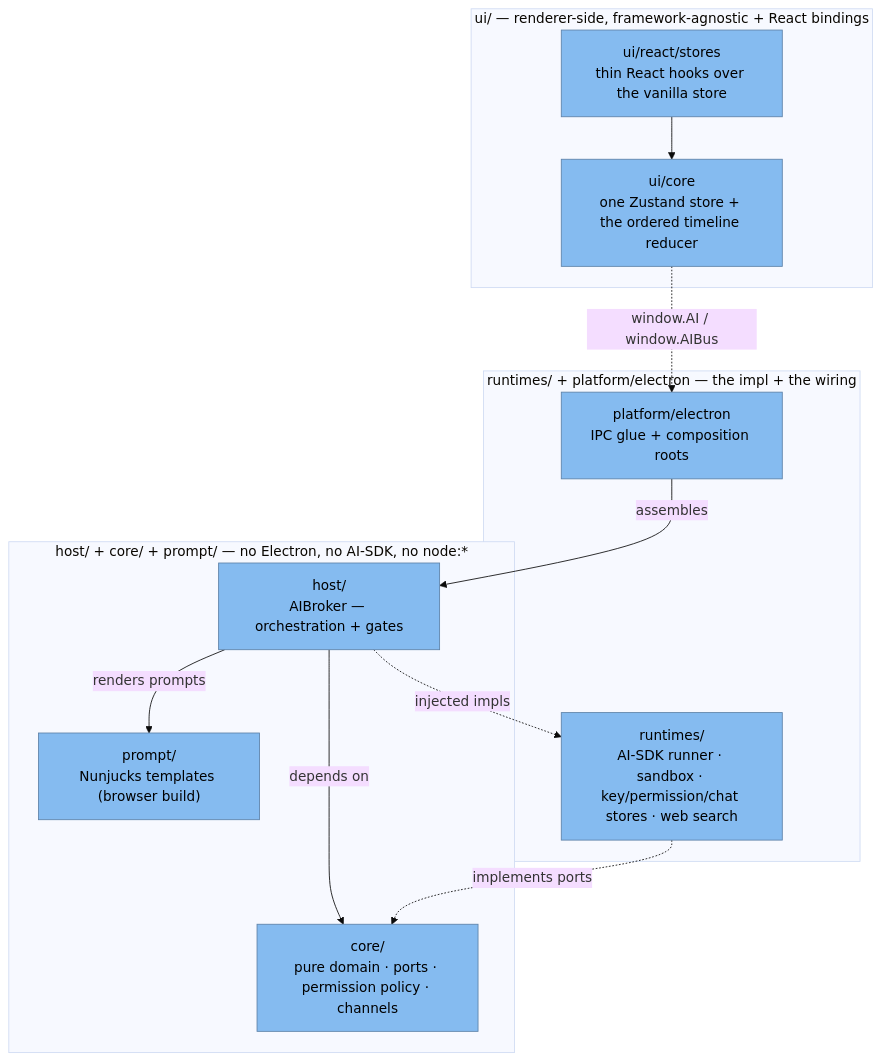
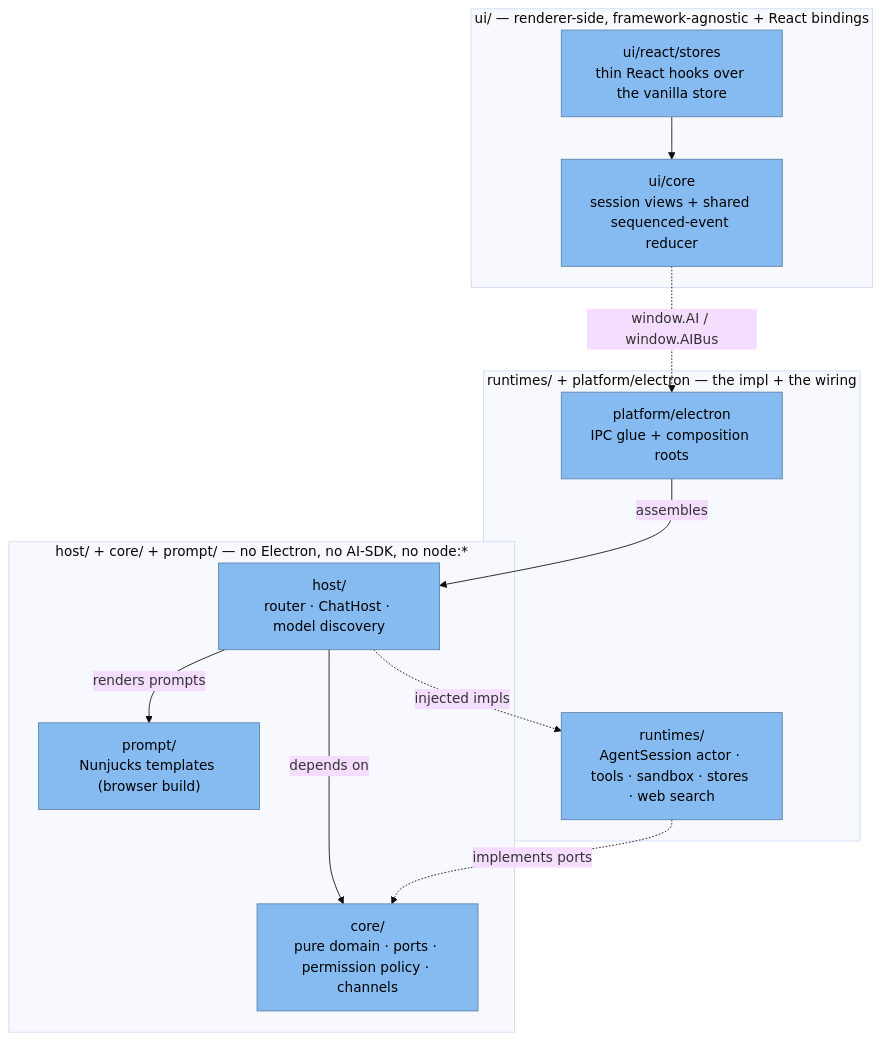
Before and after one commit to iongion/container-desktop: the first of 5 diagrams in docs/architecture/ai-subsystem.md, drawn with Mermaid (base theme). The commit also changed other lines of this file and 1187 other files, not shown here.

````diff
--- a/docs/architecture/ai-subsystem.md
+++ b/docs/architecture/ai-subsystem.md
@@ -22,26 +30,26 @@
 ```mermaid
 flowchart TB
   subgraph ui[ui/ — renderer-side, framework-agnostic + React bindings]
     react["ui/react/stores<br/>thin React hooks over the vanilla store"]:::component
-    coreui["ui/core<br/>one Zustand store + the ordered timeline reducer"]:::component
+    coreui["ui/core<br/>session views + shared sequenced-event reducer"]:::component
   end
   subgraph mid[host/ + core/ + prompt/ — no Electron, no AI-SDK, no node:*]
-    host["host/<br/>AIBroker — orchestration + gates"]:::component
+    host["host/<br/>router · ChatHost · model discovery"]:::component
     core["core/<br/>pure domain · ports · permission policy · channels"]:::component
     prompt["prompt/<br/>Nunjucks templates (browser build)"]:::component
   end
   subgraph rt[runtimes/ + platform/electron — the impl + the wiring]
-    node["runtimes/<br/>AI-SDK runner · sandbox · key/permission/chat stores · web search"]:::component
+    node["runtimes/<br/>AgentSession actor · tools · sandbox · stores · web search"]:::component
     elec["platform/electron<br/>IPC glue + composition roots"]:::component
   end
 
   react --> coreui
   coreui -.->|window.AI / window.AIBus| elec
   host -->|depends on| core
   host -->|renders prompts| prompt
   node -.->|implements ports| core
   host -.->|injected impls| node
   elec -->|assembles| host
 
   classDef component fill:#85bbf0,color:#000,stroke:#5d82a8;
 ```
````
